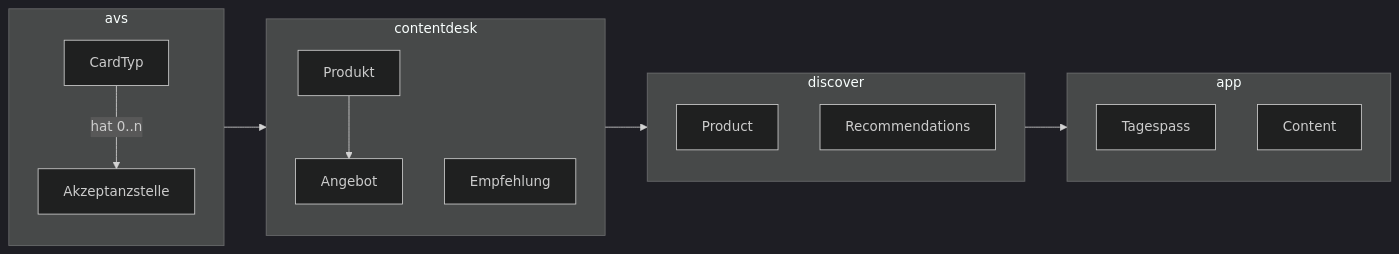
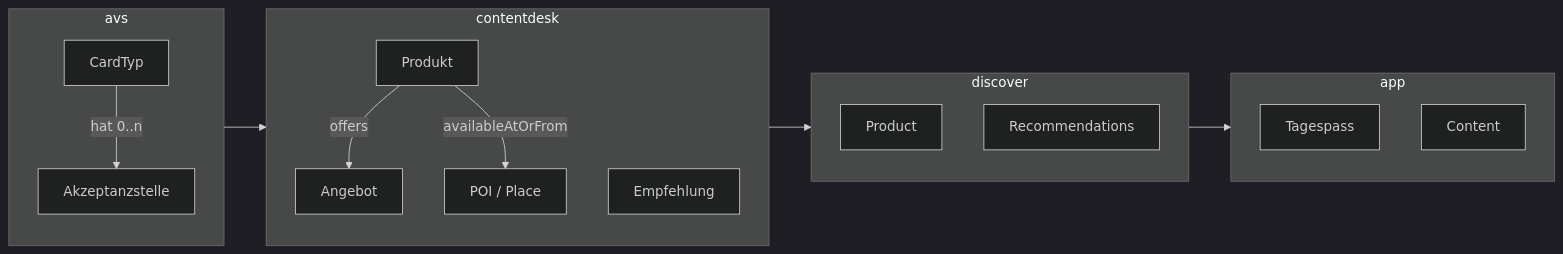
The second of 8 diagrams in docs/dev/projects/glarnerlandApp.md (tsolenthaler/docs.contentdesk.io), drawn with Mermaid (dark theme) before and after one commit. The commit also changed other lines of this file, not shown here.

Commit message:
Refactor graph orientation to top-down in glarnerlandApp.md and update contentdesk section with German translations

````diff
--- a/docs/dev/projects/glarnerlandApp.md
+++ b/docs/dev/projects/glarnerlandApp.md
@@ -36,26 +36,27 @@
 ``` mermaid
 graph LR
     subgraph avs
         direction TB
         CardTyp --> | hat 0..n| Akzeptanzstelle
     end
     subgraph contentdesk
         direction TB
-        Produkt --> Angebot
+        Produkt --> |offers| Angebot
+        Produkt --> |availableAtOrFrom| Ort["POI / Place"]
         Empfehlung
     end
     subgraph discover
         direction TB
         Product
         Recommendations
     end
     subgraph app
         direction TB
         Tagespass
         Content
     end
 
     avs --> contentdesk
     contentdesk --> discover
     discover --> app
 ```
````
